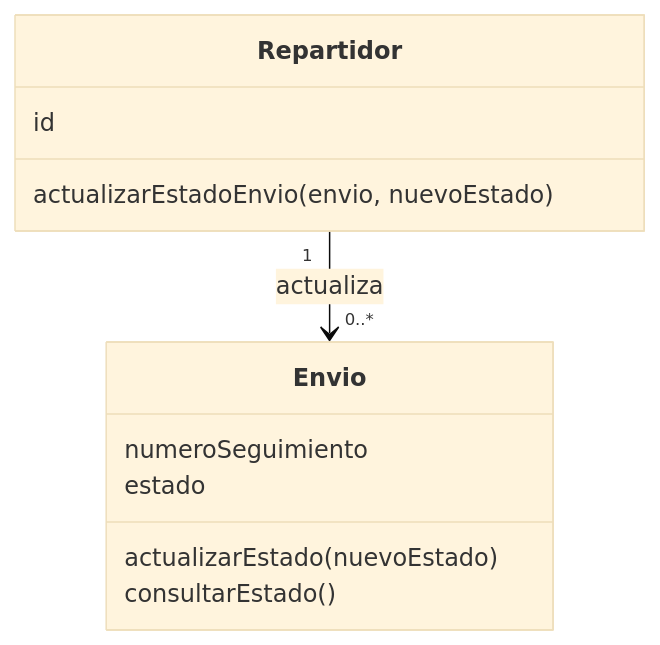
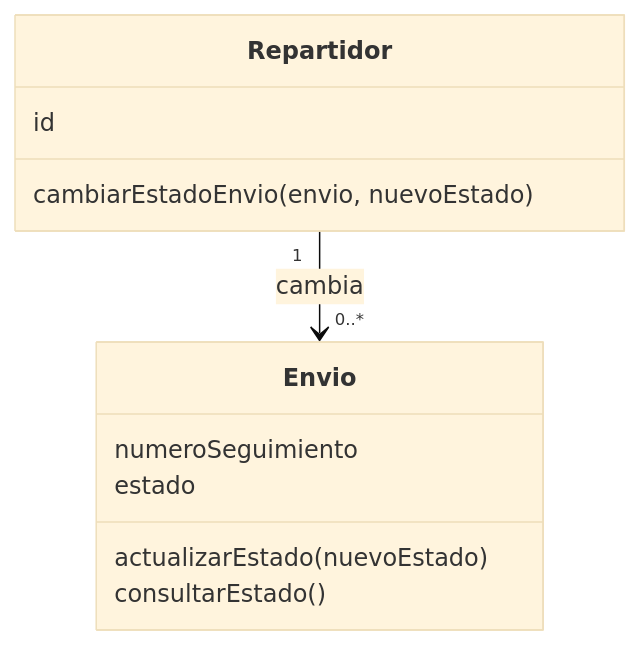
The second of 3 diagrams in 0103.md (raulmoder2000-droid/CD_Tema2_Ejercicios), drawn with Mermaid (base theme) before and after one commit. The commit also changed other lines of this file, not shown here.

````diff
--- a/0103.md
+++ b/0103.md
@@ -47,14 +39,14 @@
 ```mermaid
 classDiagram
     class Repartidor {
         id
-        actualizarEstadoEnvio(envio, nuevoEstado)
+        cambiarEstadoEnvio(envio, nuevoEstado)
     }
     class Envio {
         numeroSeguimiento
         estado
         actualizarEstado(nuevoEstado)
         consultarEstado()
     }
-    Repartidor "1" --> "0..*" Envio : actualiza
+    Repartidor "1" --> "0..*" Envio : cambia
 ```
````
